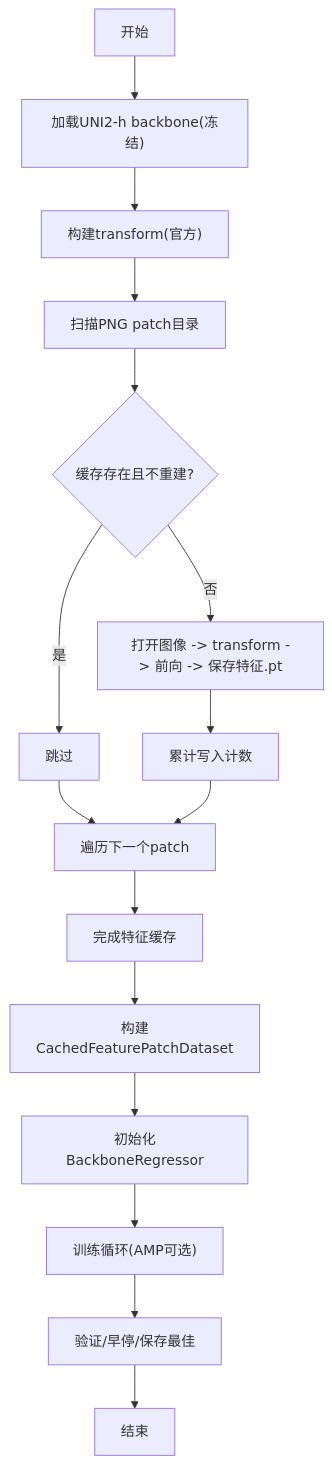
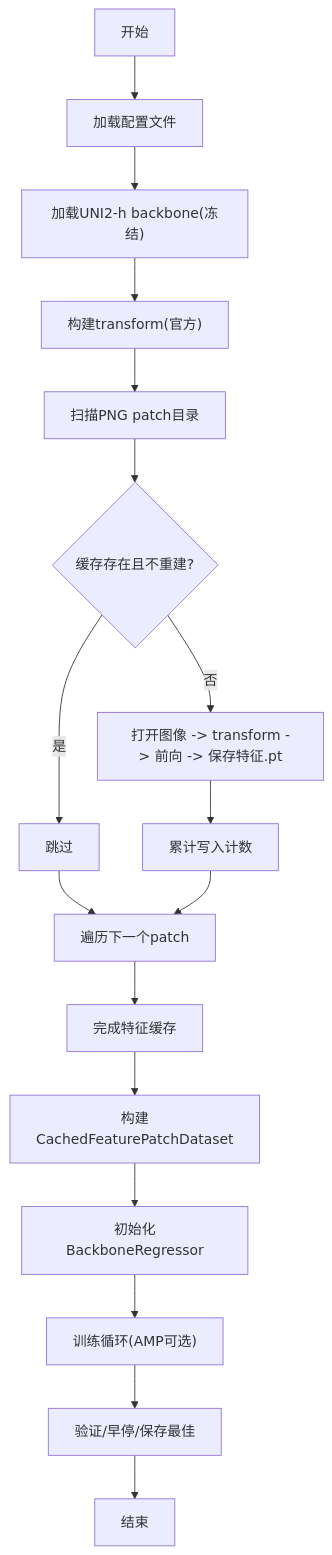
Before and after one commit to qzs610038-star/AI-esophagus-cancer-basedon-HF-HT: the fifth of 6 diagrams in .qoder/repowiki/zh/content/训练系统/训练系统.md, drawn with Mermaid. The commit also changed other lines of this file and 14 other files, not shown here.

````diff
--- a/.qoder/repowiki/zh/content/训练系统/训练系统.md
+++ b/.qoder/repowiki/zh/content/训练系统/训练系统.md
@@ -228,18 +288,19 @@
 ```mermaid
 flowchart TD
-A["开始"] --> B["加载UNI2-h backbone(冻结)"]
-B --> C["构建transform(官方)"]
-C --> D["扫描PNG patch目录"]
-D --> E{"缓存存在且不重建?"}
-E --> |是| F["跳过"]
-E --> |否| G["打开图像 -> transform -> 前向 -> 保存特征.pt"]
-G --> H["累计写入计数"]
-F --> I["遍历下一个patch"]
-H --> I
-I --> J["完成特征缓存"]
-J --> K["构建CachedFeaturePatchDataset"]
-K --> L["初始化BackboneRegressor"]
-L --> M["训练循环(AMP可选)"]
-M --> N["验证/早停/保存最佳"]
-N --> O["结束"]
+A["开始"] --> B["加载配置文件"]
+B --> C["加载UNI2-h backbone(冻结)"]
+C --> D["构建transform(官方)"]
+D --> E["扫描PNG patch目录"]
+E --> F{"缓存存在且不重建?"}
+F --> |是| G["跳过"]
+F --> |否| H["打开图像 -> transform -> 前向 -> 保存特征.pt"]
+H --> I["累计写入计数"]
+G --> J["遍历下一个patch"]
+I --> J
+J --> K["完成特征缓存"]
+K --> L["构建CachedFeaturePatchDataset"]
+L --> M["初始化BackboneRegressor"]
+M --> N["训练循环(AMP可选)"]
+N --> O["验证/早停/保存最佳"]
+O --> P["结束"]
 ```
````
